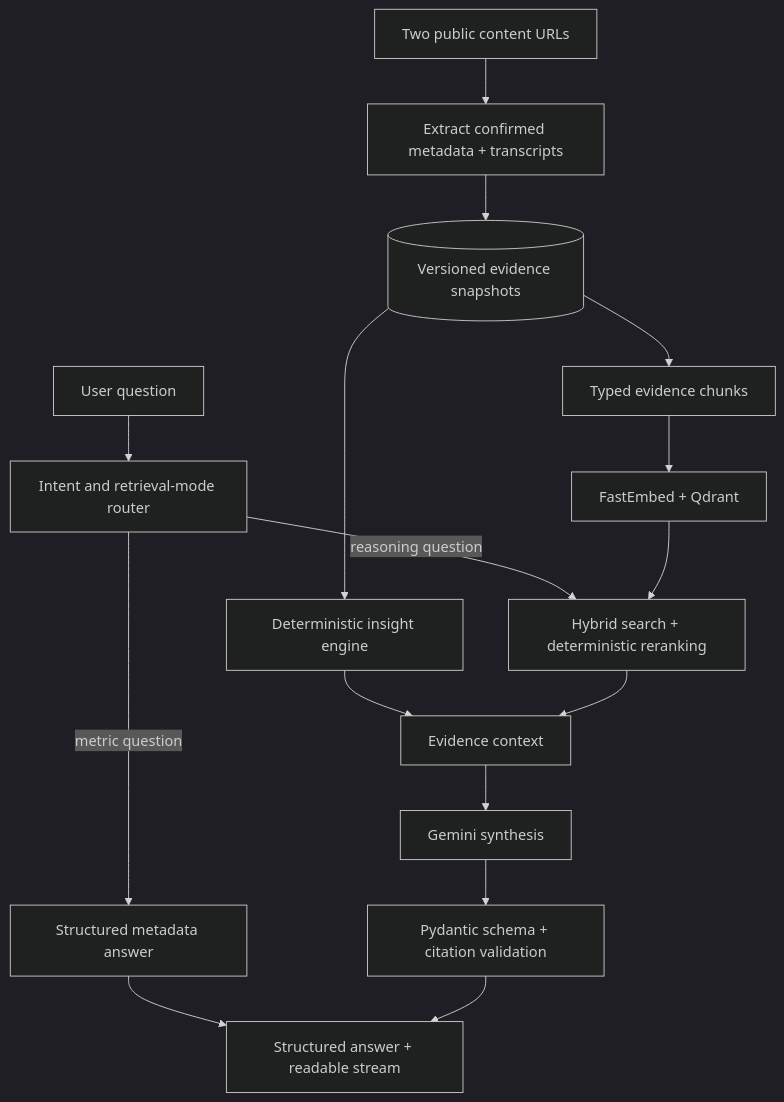
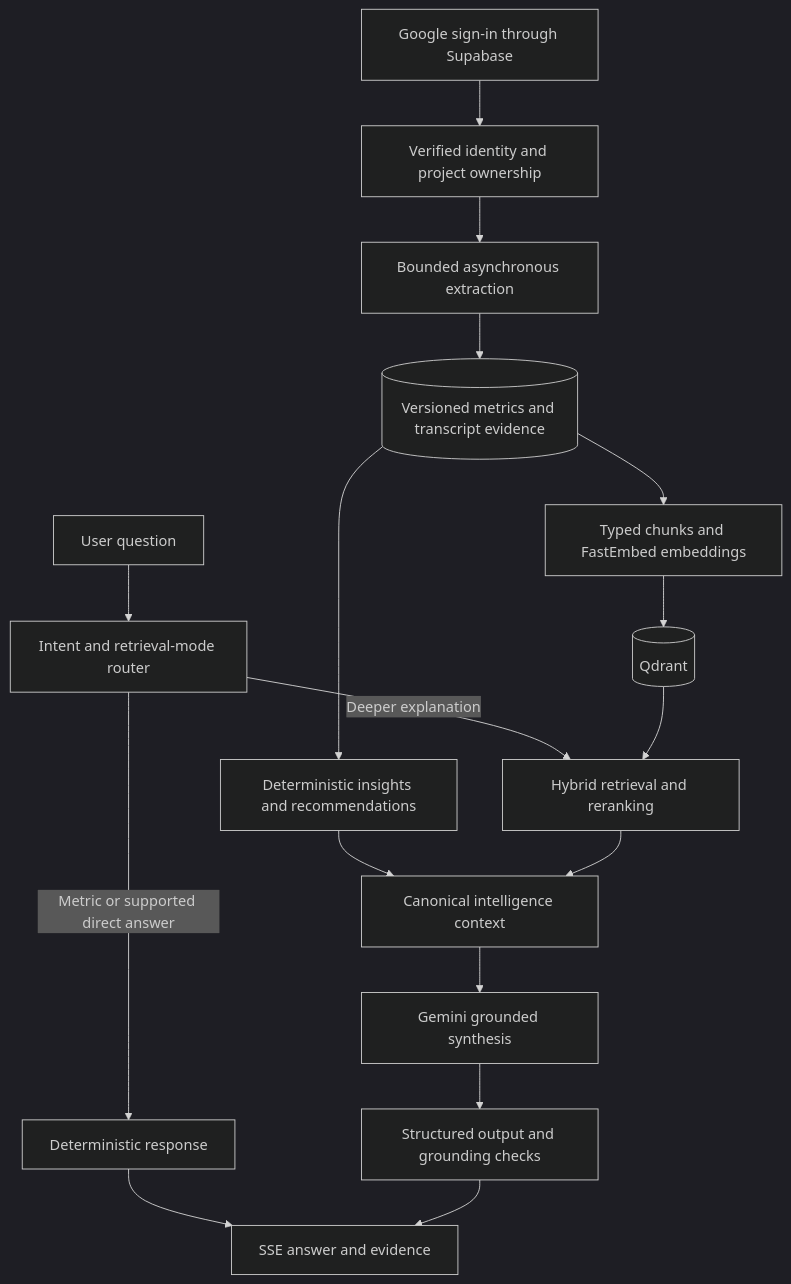
One commit to DiloJan-26/CreatorLens-AI changed the first of 4 diagrams in README.md. Above: the diagram before and after it, drawn with Mermaid (dark theme). The commit also changed other lines of this file, not shown here.

````diff
--- a/README.md
+++ b/README.md
@@ -214,18 +125,19 @@
 ```mermaid
 flowchart TD
-    URLS[Two public content URLs] --> EXTRACT[Extract confirmed metadata + transcripts]
-    EXTRACT --> SNAPSHOT[(Versioned evidence snapshots)]
-    SNAPSHOT --> RULES[Deterministic insight engine]
-    SNAPSHOT --> CHUNKS[Typed evidence chunks]
-    CHUNKS --> VECTOR[FastEmbed + Qdrant]
+    SIGNIN[Google sign-in through Supabase] --> AUTH[Verified identity and project ownership]
+    AUTH --> INGEST[Bounded asynchronous extraction]
+    INGEST --> DATA[(Versioned metrics and transcript evidence)]
+    DATA --> RULES[Deterministic insights and recommendations]
+    DATA --> INDEX[Typed chunks and FastEmbed embeddings]
+    INDEX --> QDRANT[(Qdrant)]
     QUESTION[User question] --> ROUTER[Intent and retrieval-mode router]
-    ROUTER -->|metric question| DIRECT[Structured metadata answer]
-    ROUTER -->|reasoning question| HYBRID[Hybrid search + deterministic reranking]
-    VECTOR --> HYBRID
-    RULES --> CONTEXT[Evidence context]
-    HYBRID --> CONTEXT
-    CONTEXT --> LLM[Gemini synthesis]
-    LLM --> VALIDATE[Pydantic schema + citation validation]
-    DIRECT --> RESPONSE[Structured answer + readable stream]
-    VALIDATE --> RESPONSE
+    RULES --> CONTEXT[Canonical intelligence context]
+    ROUTER -->|Metric or supported direct answer| DIRECT[Deterministic response]
+    ROUTER -->|Deeper explanation| SEARCH[Hybrid retrieval and reranking]
+    QDRANT --> SEARCH
+    SEARCH --> CONTEXT
+    CONTEXT --> GEMINI[Gemini grounded synthesis]
+    GEMINI --> CHECK[Structured output and grounding checks]
+    DIRECT --> SSE[SSE answer and evidence]
+    CHECK --> SSE
 ```
````
